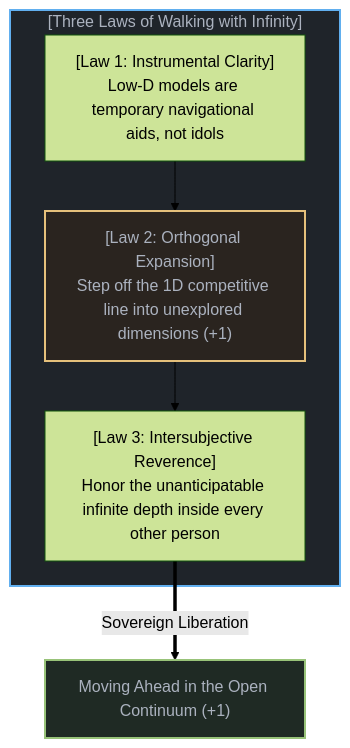
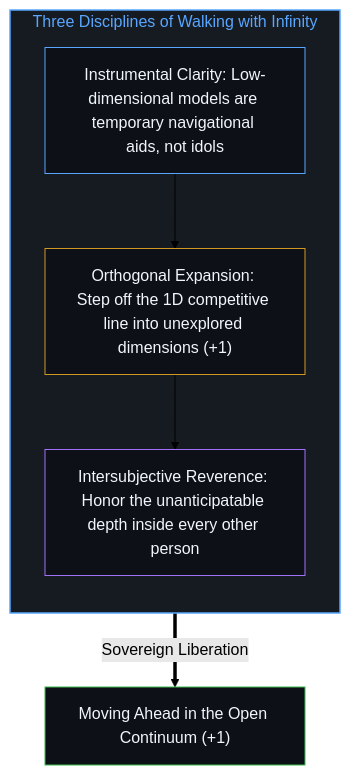
One commit to powerpig99/not-a-toe changed the tenth of 10 diagrams in content/posts/the-shadow-and-the-infinite.md. Above: the diagram before and after it, drawn with Mermaid (forest theme). The commit also changed other lines of this file and 19 other files, not shown here.

````diff
--- a/content/posts/the-shadow-and-the-infinite.md
+++ b/content/posts/the-shadow-and-the-infinite.md
@@ -361,17 +318,20 @@
 ```mermaid
-graph TD
-    subgraph ThreeEthicalRules["[Three Laws of Walking with Infinity]"]
-        Rule1["[Law 1: Instrumental Clarity]<br>Low-D models are temporary navigational aids, not idols"]
-        Rule2["[Law 2: Orthogonal Expansion]<br>Step off the 1D competitive line into unexplored dimensions (+1)"]
-        Rule3["[Law 3: Intersubjective Reverence]<br>Honor the unanticipatable infinite depth inside every other person"]
-
+flowchart TD
+    subgraph ThreeEthicalRules["Three Disciplines of Walking with Infinity"]
+        direction TB
+        Rule1["Instrumental Clarity: Low-dimensional models are temporary navigational aids, not idols"]
+        Rule2["Orthogonal Expansion: Step off the 1D competitive line into unexplored dimensions (+1)"]
+        Rule3["Intersubjective Reverence: Honor the unanticipatable depth inside every other person"]
         Rule1 --> Rule2
         Rule2 --> Rule3
     end
 
-    Rule3 ==>|"Sovereign Liberation"| OpenLivingField["Moving Ahead in the Open Continuum (+1)"]
+    OpenLivingField["Moving Ahead in the Open Continuum (+1)"]
+    Rule3 ==>|"Sovereign Liberation"| OpenLivingField
 
-    style ThreeEthicalRules fill:#1f242a,stroke:#61afef,stroke-width:2px,color:#abb2bf
-    style Rule2 fill:#2a241f,stroke:#e5c07b,stroke-width:2px,color:#abb2bf
-    style OpenLivingField fill:#1f2a24,stroke:#98c379,stroke-width:2px,color:#abb2bf
+    style ThreeEthicalRules fill:#161b22,stroke:#58a6ff,stroke-width:1.5px,color:#58a6ff
+    style Rule1 fill:#0d1117,stroke:#58a6ff,stroke-width:1px,color:#f0f6fc
+    style Rule2 fill:#0d1117,stroke:#d29922,stroke-width:1px,color:#f0f6fc
+    style Rule3 fill:#0d1117,stroke:#a371f7,stroke-width:1px,color:#f0f6fc
+    style OpenLivingField fill:#0d1117,stroke:#3fb950,stroke-width:1px,color:#f0f6fc
 ```
````
